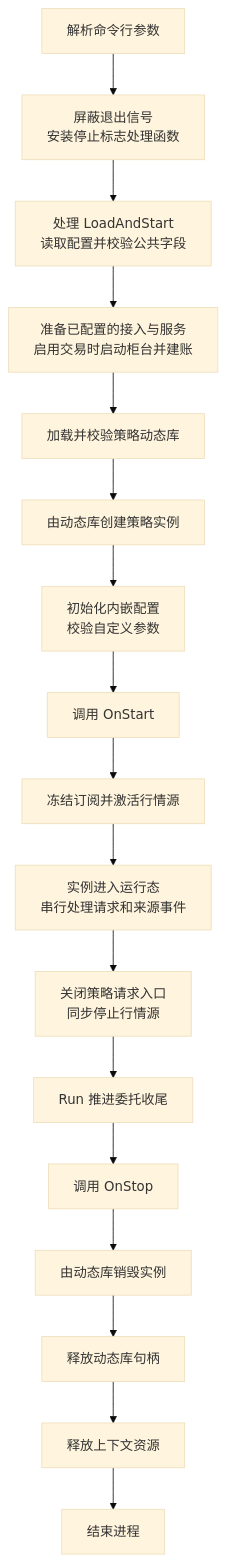
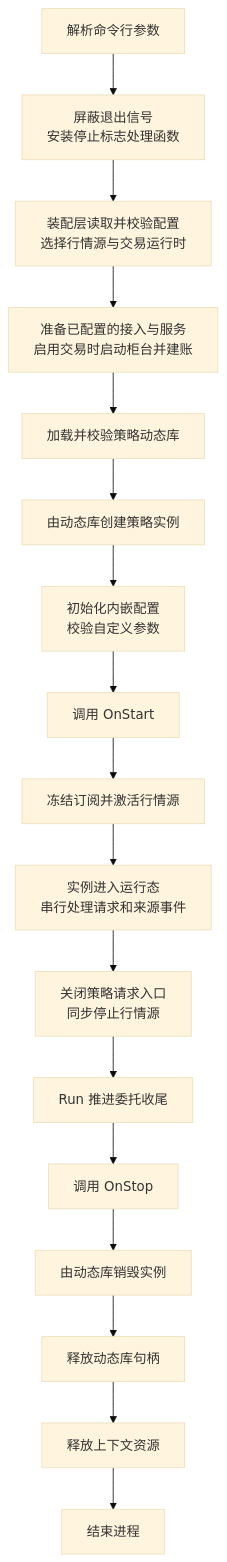
Before and after one commit to yizhenfei/yquant: the diagram in docs/design/strategyd.md, drawn with Mermaid (base theme). The commit also changed other lines of this file and 35 other files, not shown here.

````diff
--- a/docs/design/strategyd.md
+++ b/docs/design/strategyd.md
@@ -130,37 +144,37 @@
 ```mermaid
 flowchart TD
     CLI["解析命令行参数"]
     SIGNALS["屏蔽退出信号<br/>安装停止标志处理函数"]
-    CONFIG["处理 LoadAndStart<br/>读取配置并校验公共字段"]
+    CONFIG["装配层读取并校验配置<br/>选择行情源与交易运行时"]
     PREPARE["准备已配置的接入与服务<br/>启用交易时启动柜台并建账"]
     LOAD["加载并校验策略动态库"]
     CREATE["由动态库创建策略实例"]
     INITIALIZE["初始化内嵌配置<br/>校验自定义参数"]
     START["调用 OnStart"]
     SOURCE["冻结订阅并激活行情源"]
     RUNNING["实例进入运行态<br/>串行处理请求和来源事件"]
     QUIESCE["关闭策略请求入口<br/>同步停止行情源"]
     DRAIN["Run 推进委托收尾"]
     STOP["调用 OnStop"]
     DESTROY["由动态库销毁实例"]
     CLOSE["释放动态库句柄"]
     RELEASE["释放上下文资源"]
     EXIT["结束进程"]
 
     CLI --> SIGNALS
     SIGNALS --> CONFIG
     CONFIG --> PREPARE
     PREPARE --> LOAD
     LOAD --> CREATE
     CREATE --> INITIALIZE
     INITIALIZE --> START
     START --> SOURCE
     SOURCE --> RUNNING
     RUNNING --> QUIESCE
     QUIESCE --> DRAIN
     DRAIN --> STOP
     STOP --> DESTROY
     DESTROY --> CLOSE
     CLOSE --> RELEASE
     RELEASE --> EXIT
 ```
````
